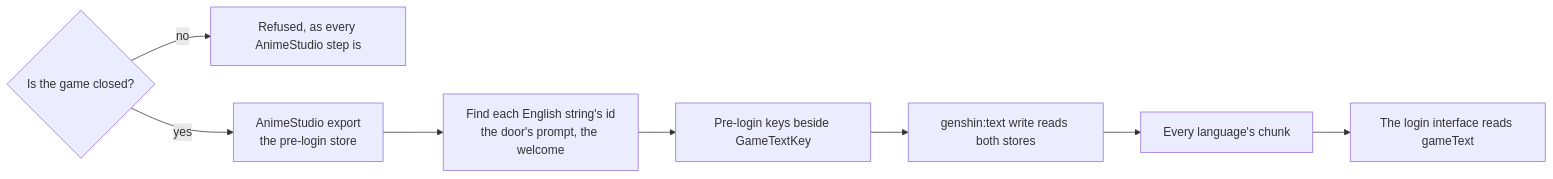
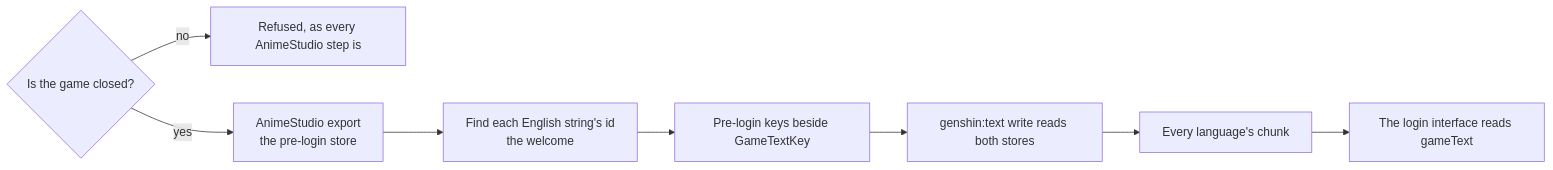
One commit to Esposter/Esposter changed the diagram in apps/web/content/docs/proposals/genshin/pre-login-text.md. Above: the diagram before and after it, drawn with Mermaid. The commit also changed other lines of this file and 54 other files, not shown here.

First line of the commit message:
feat(genshin): translate the login's door prompt, the Traveler's name and the title's name

````diff
--- a/apps/web/content/docs/proposals/genshin/pre-login-text.md
+++ b/apps/web/content/docs/proposals/genshin/pre-login-text.md
@@ -13,10 +13,10 @@
 ```mermaid
 flowchart LR
   Closed{"Is the game closed?"} -- no --> Wait["Refused, as every AnimeStudio step is"]
   Closed -- yes --> Export["AnimeStudio export<br/>the pre-login store"]
-  Export --> Find["Find each English string's id<br/>the door's prompt, the welcome"]
+  Export --> Find["Find each English string's id<br/>the welcome"]
   Find --> Keys["Pre-login keys beside GameTextKey"]
   Keys --> Write["genshin:text write reads both stores"]
   Write --> Chunks["Every language's chunk"]
   Chunks --> World["The login interface reads gameText"]
 ```
````
